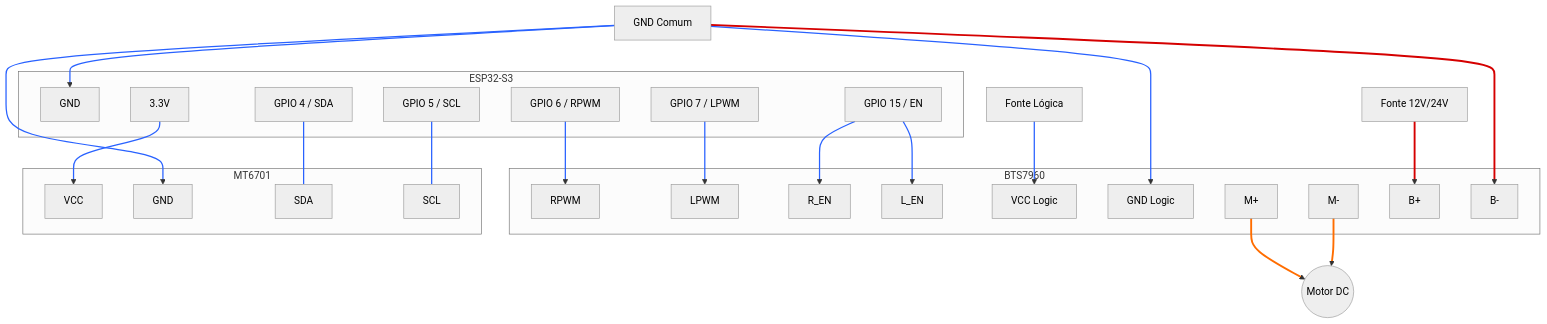
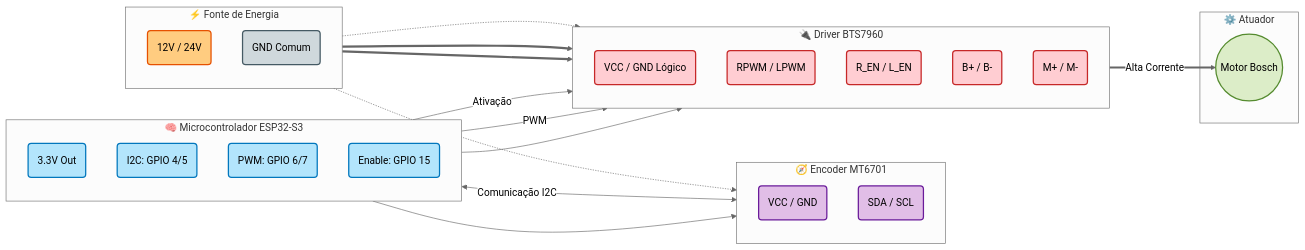
Before and after one commit to Pmmvito/Rotor-Automatico-Antena: the diagram in README.md, drawn with Mermaid (neutral theme).

Commit message:
Atualiza o diagrama de ligação no README.md para melhorar a clareza e a organização visual

````diff
--- a/README.md
+++ b/README.md
@@ -40,73 +40,70 @@
 ```mermaid
-graph TD
-    %% Nós de Alimentação
-    POWER_24V[Fonte 12V/24V]
-    POWER_Logic[Fonte Lógica]
-    GND[GND Comum]
+flowchart LR
+    %% Definição de Estilos
+    classDef power fill:#ffcc80,stroke:#e65100,stroke-width:2px,color:black
+    classDef mcu fill:#b3e5fc,stroke:#0277bd,stroke-width:2px,color:black
+    classDef driver fill:#ffcdd2,stroke:#c62828,stroke-width:2px,color:black
+    classDef sensor fill:#e1bee7,stroke:#6a1b9a,stroke-width:2px,color:black
+    classDef motor fill:#dcedc8,stroke:#558b2f,stroke-width:2px,color:black
+    classDef ground fill:#cfd8dc,stroke:#455a64,stroke-width:2px,color:black
 
-    %% MCU ESP32-S3
-    subgraph MCU [ESP32-S3]
-        ESP_GND[GND]
-        ESP_3V3[3.3V]
-        GPIO4[GPIO 4 / SDA]
-        GPIO5[GPIO 5 / SCL]
-        GPIO6[GPIO 6 / RPWM]
-        GPIO7[GPIO 7 / LPWM]
-        GPIO15[GPIO 15 / EN]
+    %% --- BLOCO DE ALIMENTAÇÃO ---
+    subgraph POWER [⚡ Fonte de Energia]
+        direction TB
+        VCC_12V(12V / 24V):::power
+        GND(GND Comum):::ground
     end
 
-    %% Driver BTS7960
-    subgraph DRIVER [BTS7960]
-        BTS_RPWM[RPWM]
-        BTS_LPWM[LPWM]
-        BTS_REN[R_EN]
-        BTS_LEN[L_EN]
-        BTS_VCC[VCC Logic]
-        BTS_GND[GND Logic]
-        BTS_M_PLUS[M+]
-        BTS_M_MINUS[M-]
-        BTS_B_PLUS[B+]
-        BTS_B_MINUS[B-]
+    %% --- BLOCO CONTROLLER ---
+    subgraph ESP32 [🧠 Microcontrolador ESP32-S3]
+        direction TB
+        ESP_3V3(3.3V Out):::mcu
+        ESP_I2C(I2C: GPIO 4/5):::mcu
+        ESP_PWM(PWM: GPIO 6/7):::mcu
+        ESP_EN(Enable: GPIO 15):::mcu
     end
 
-    %% Encoder MT6701
-    subgraph ENCODER [MT6701]
-        ENC_VCC[VCC]
-        ENC_GND[GND]
-        ENC_SDA[SDA]
-        ENC_SCL[SCL]
+    %% --- BLOCO SENSOR ---
+    subgraph MT6701 [🧭 Encoder MT6701]
+        direction TB
+        MT_PWR(VCC / GND):::sensor
+        MT_DATA(SDA / SCL):::sensor
     end
 
-    %% Motor
-    MOTOR_DC((Motor DC))
+    %% --- BLOCO DRIVER ---
+    subgraph BTS7960 [🔌 Driver BTS7960]
+        direction TB
+        BTS_LOGIC(VCC / GND Lógico):::driver
+        BTS_CTRL(RPWM / LPWM):::driver
+        BTS_ENABLE(R_EN / L_EN):::driver
+        BTS_POWER(B+ / B-):::driver
+        BTS_OUT(M+ / M-):::driver
+    end
 
-    %% Ligações Lógicas (Azul)
-    GPIO4 --- ENC_SDA
-    GPIO5 --- ENC_SCL
-    GPIO6 --> BTS_RPWM
-    GPIO7 --> BTS_LPWM
-    GPIO15 --> BTS_REN
-    GPIO15 --> BTS_LEN
+    %% --- BLOCO MOTOR ---
+    subgraph MECHANICAL [⚙️ Atuador]
+        MOTOR((Motor Bosch)):::motor
+    end
 
-    %% Ligações de Energia (Vermelho/Preto)
-    POWER_24V ==> BTS_B_PLUS
-    GND ==> BTS_B_MINUS
+    %% CONEXÕES
     
-    POWER_Logic --> BTS_VCC
-    GND --> BTS_GND
+    %% Energia Principal
+    VCC_12V ==> BTS_POWER
+    GND ==> BTS_POWER
     
-    ESP_3V3 --> ENC_VCC
-    GND --> ENC_GND
+    %% Energia Lógica
+    ESP_3V3 --> MT_PWR
+    ESP_3V3 --> BTS_LOGIC
+    GND -.-> MT_PWR
+    GND -.-> BTS_LOGIC
+
+    %% Sinais de Controle (ESP -> Driver)
+    ESP_PWM -->|PWM| BTS_CTRL
+    ESP_EN -->|Ativação| BTS_ENABLE
     
-    %% Ligações Internas
-    GND --> ESP_GND
+    %% Sinais de Sensor (ESP <-> Encoder)
+    ESP_I2C <-->|Comunicação I2C| MT_DATA
 
-    %% Saída Motor (Grosso)
-    BTS_M_PLUS ==> MOTOR_DC
-    BTS_M_MINUS ==> MOTOR_DC
-
-    linkStyle default stroke-width:2px,fill:none,stroke:#333
-    linkStyle 0,1,2,3,4,5,8,9,10,11,12 stroke:#2962ff,stroke-width:2px
-    linkStyle 6,7 stroke:#d50000,stroke-width:3px
-    linkStyle 13,14 stroke:#ff6d00,stroke-width:3px
+    %% Potência Motor (Driver -> Motor)
+    BTS_OUT ==>|Alta Corrente| MOTOR
 ```
````
